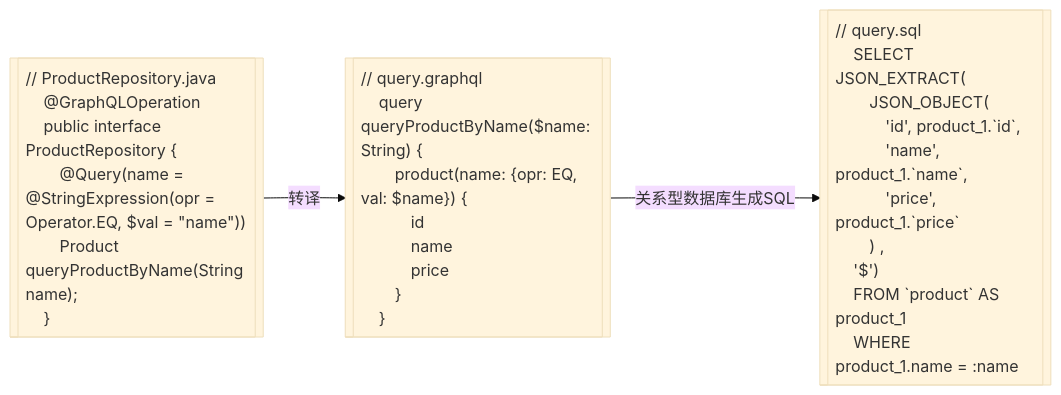
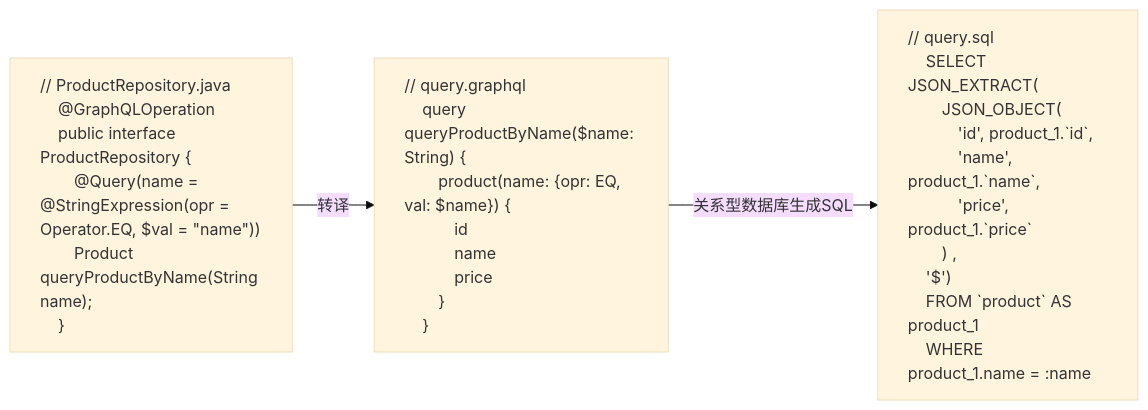
The sixth of 12 diagrams in docs/intro.md (doukai/gp-doc.github.io), drawn with Mermaid (base theme) before and after one commit. The commit also changed other lines of this file, not shown here.

````diff
--- a/docs/intro.md
+++ b/docs/intro.md
@@ -210,31 +212,31 @@
 ```mermaid
 flowchart LR
-    code[["// ProductRepository.java
+    code["// ProductRepository.java
     @GraphQLOperation
     public interface ProductRepository {
     &emsp;@Query(name = @StringExpression(opr = Operator.EQ, $val = &quot;name&quot;))
     &emsp;Product queryProductByName(String name);
-    }"]]
-    query[["// query.graphql
+    }"]
+    query["// query.graphql
     query queryProductByName($name: String) {
     &emsp;product(name: {opr: EQ, val: $name}) {
     &emsp;&emsp;id
     &emsp;&emsp;name
     &emsp;&emsp;price
     &emsp;}
-    }"]]
-    dml[["// query.sql
+    }"]
+    dml["// query.sql
     SELECT JSON_EXTRACT(
     &emsp;JSON_OBJECT(
     &emsp;&emsp;'id', product_1.`id`,
     &emsp;&emsp;'name', product_1.`name`,
     &emsp;&emsp;'price', product_1.`price`
     &emsp;) ,
     '$')
     FROM `product` AS product_1
-    WHERE product_1.name = :name"]]
+    WHERE product_1.name = :name"]
     code -- 转译 --> query -- 关系型数据库生成SQL --> dml
     style code text-align:left
     style query text-align:left
     style dml text-align:left
 ```
````
